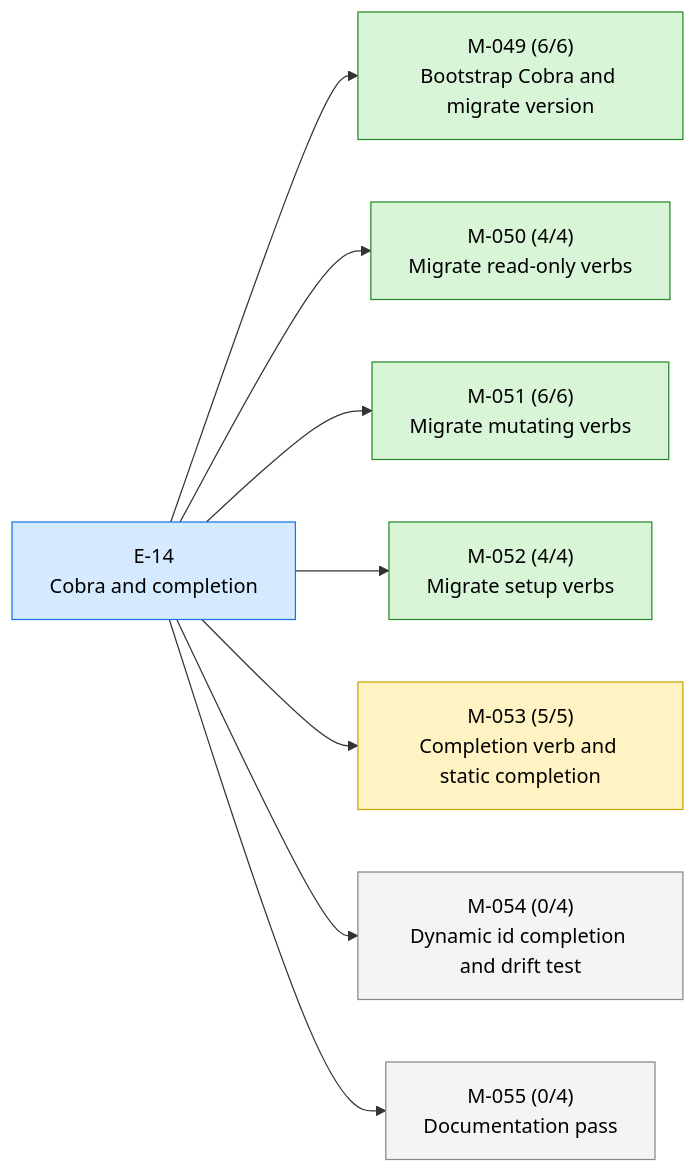
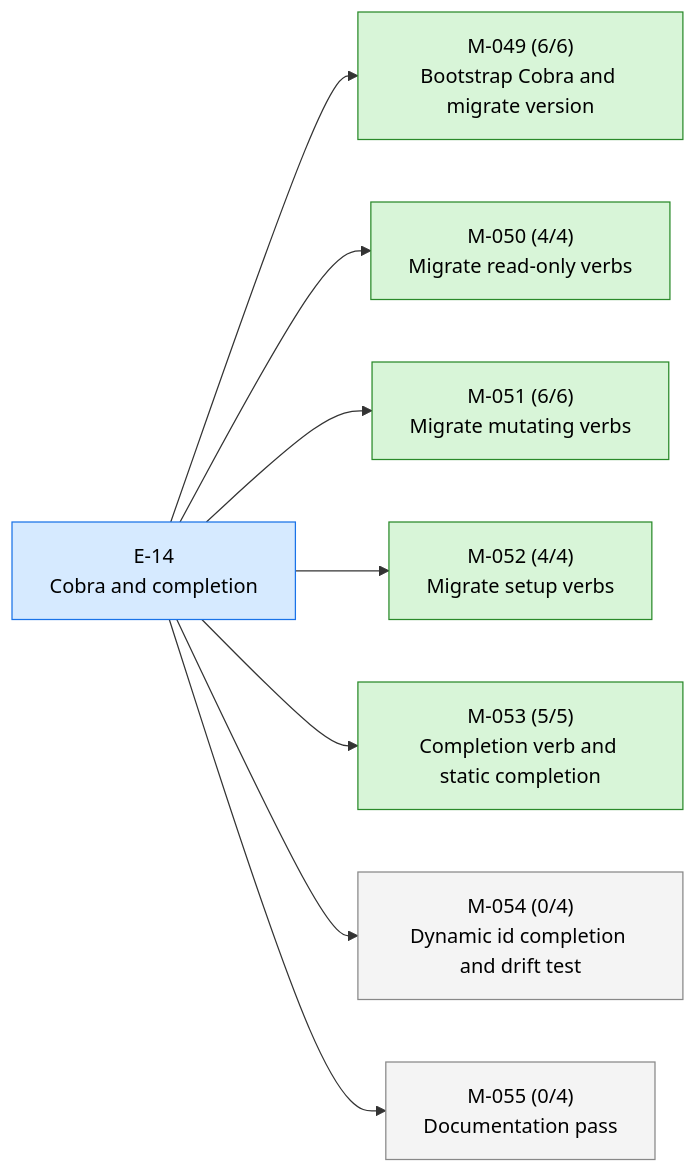
Before and after one commit to 23min/aiwf: the first of 2 diagrams in STATUS.md, drawn with Mermaid. The commit also changed other lines of this file and 1 other file, not shown here.

First line of the commit message:
aiwf promote M-053 in_progress -> done

````diff
--- a/STATUS.md
+++ b/STATUS.md
@@ -17,24 +17,24 @@
 ```mermaid
 flowchart LR
   E_14["E-14<br/>Cobra and completion"]:::epic_active
   M_049["M-049 (6/6)<br/>Bootstrap Cobra and migrate version"]:::ms_done
   E_14 --> M_049
   M_050["M-050 (4/4)<br/>Migrate read-only verbs"]:::ms_done
   E_14 --> M_050
   M_051["M-051 (6/6)<br/>Migrate mutating verbs"]:::ms_done
   E_14 --> M_051
   M_052["M-052 (4/4)<br/>Migrate setup verbs"]:::ms_done
   E_14 --> M_052
-  M_053["M-053 (5/5)<br/>Completion verb and static completion"]:::ms_in_progress
+  M_053["M-053 (5/5)<br/>Completion verb and static completion"]:::ms_done
   E_14 --> M_053
   M_054["M-054 (0/4)<br/>Dynamic id completion and drift test"]:::ms_draft
   E_14 --> M_054
   M_055["M-055 (0/4)<br/>Documentation pass"]:::ms_draft
   E_14 --> M_055
   classDef epic_active fill:#d6eaff,stroke:#1a73e8,color:#000
   classDef epic_proposed fill:#f4f4f4,stroke:#888,color:#000
   classDef ms_done fill:#d8f5d8,stroke:#2a8a2a,color:#000
   classDef ms_in_progress fill:#fff3c4,stroke:#caa400,color:#000
   classDef ms_draft fill:#f4f4f4,stroke:#888,color:#000
   classDef ms_cancelled fill:#fbeaea,stroke:#c33,color:#000
 ```
````
